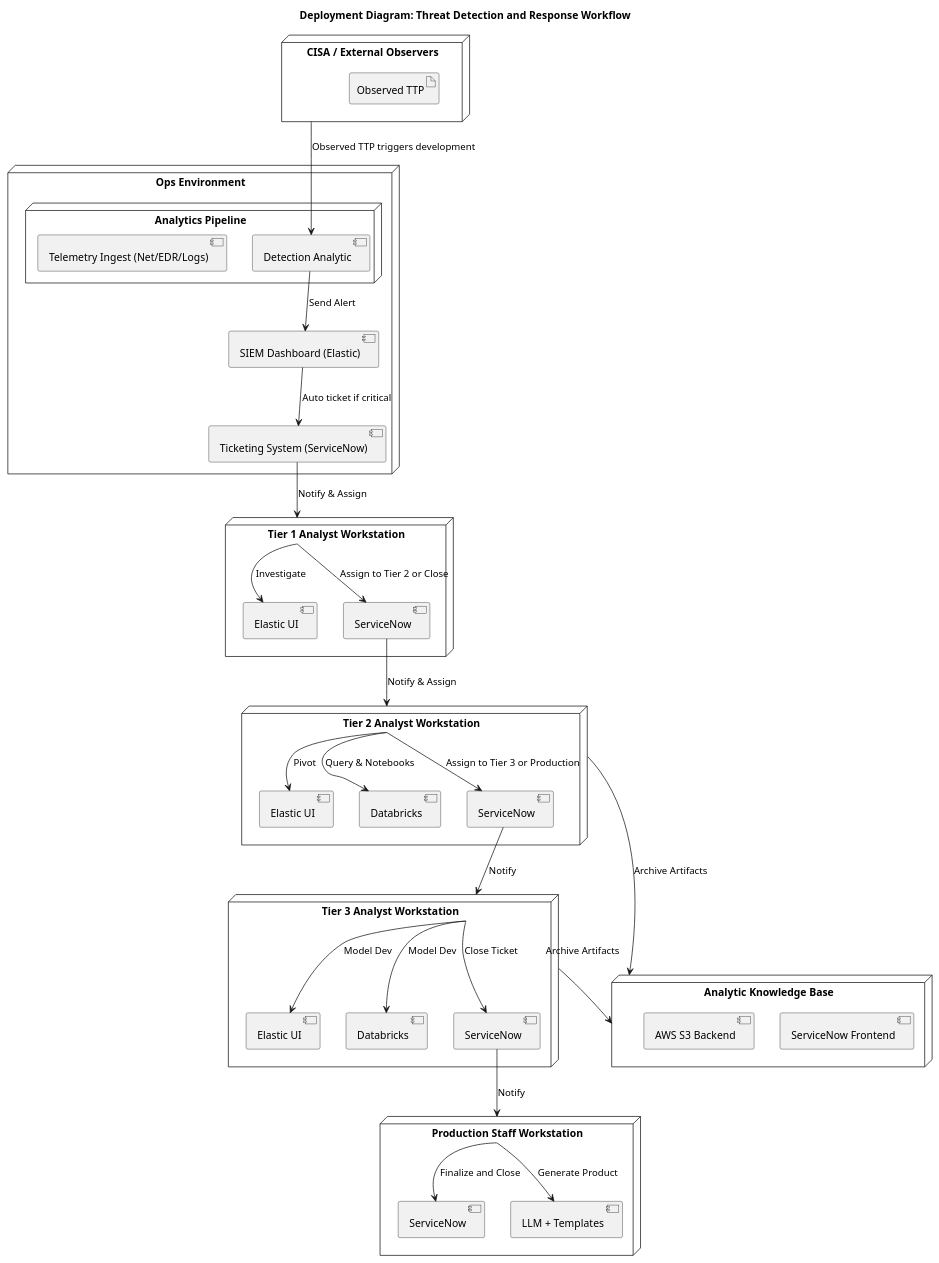
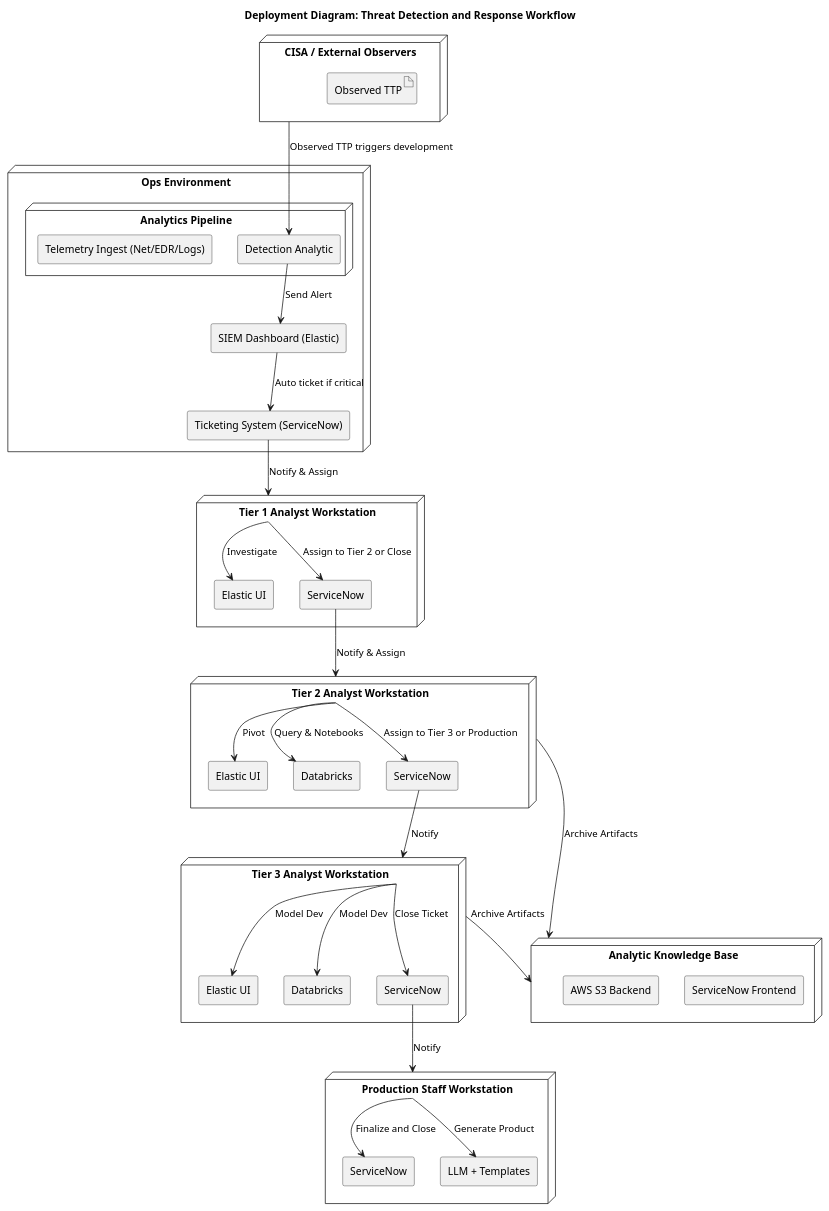
Before and after one commit to drkiettran/use_cases_and_workflow_2025: the diagram in target/classes/cisa_use_cases_and_workflows_2025/uc_1_persistent_hunt/uc_1_deployment_diagram.plantuml, drawn with PlantUML. The commit also changed 12 other files, not shown here.

```diff
--- a/target/classes/cisa_use_cases_and_workflows_2025/uc_1_persistent_hunt/uc_1_deployment_diagram.plantuml
+++ b/target/classes/cisa_use_cases_and_workflows_2025/uc_1_persistent_hunt/uc_1_deployment_diagram.plantuml
@@ -1,98 +1,99 @@
 @startuml
 	title Deployment Diagram: Threat Detection and Response Workflow
 	'left to right direction
+	skinparam componentStyle rectangle
 	
 	' Define nodes for deployment environment
 	node "CISA / External Observers" as CISA {
 	  artifact "Observed TTP" as TTP
 	}
 	
 	' node "Tier 3 Analyst Workstation" as Tier3 {
 	'   component "Elastic" as Elastic
 	'   component "Databricks" as Databricks
 	' }
 	
 	node "Ops Environment" as Ops {
 	  node "Analytics Pipeline" {
 	    component "Detection Analytic" as Detection 
 	    component "Telemetry Ingest (Net/EDR/Logs)" as Telemetry 
 	  }
 	  component "SIEM Dashboard (Elastic)" as SIEM
 	  component "Ticketing System (ServiceNow)" as Ticketing
 	}
 	
 	node "Tier 1 Analyst Workstation" as Tier1{
 	  component "Elastic UI" as ElasticUI1
 	  component "ServiceNow" as ServiceNow1
 	}
 	
 	node "Tier 2 Analyst Workstation" as Tier2 {
 	  component "Elastic UI" as ElasticUI2
 	  component "Databricks" as Databricks2
 	  component "ServiceNow" as ServiceNow2
 	}
 	
 	node "Tier 3 Analyst Workstation" as Tier3 {
 	  component "Elastic UI" as ElasticUI3
 	  component "Databricks" as Databricks3
 	  component "ServiceNow" as ServiceNow3
 	}
 	
 	node "Production Staff Workstation" as Production{
 	  component "ServiceNow" as ServiceNow4
 	  component "LLM + Templates" as LLM
 	}
 	
 	node "Analytic Knowledge Base" as Analytic {
 	  component "ServiceNow Frontend" as SerivceNowFrontend
 	  component "AWS S3 Backend" as AWSS3Backend
 	}
 	
 	' Deployment relationships
 	CISA --> Detection : Observed TTP triggers development
 	Detection --> SIEM : Send Alert
 	SIEM --> Ticketing : Auto ticket if critical
 	Ticketing --> Tier1 : Notify & Assign
 	Tier1 --> ElasticUI1 : Investigate
 	Tier1 --> ServiceNow1 : Assign to Tier 2 or Close
 	
 	' CISA --> "Detection Analytic" : Observed TTP triggers development
 	' "Detection Analytic" --> "SIEM Dashboard (Elastic)" : Send Alert
 	' "SIEM Dashboard (Elastic)" --> "Ticketing System (ServiceNow)" : Auto ticket if critical
 	' "Ticketing System (ServiceNow)" --> "Tier 1 Analyst Workstation" : Notify & Assign
 	' "Tier 1 Analyst Workstation" --> "Elastic UI" : Investigate
 	' "Tier 1 Analyst Workstation" --> "ServiceNow" : Assign to Tier 2 or Close
 	
 	ServiceNow1 --> Tier2 : Notify & Assign
 	Tier2 --> ElasticUI2 : Pivot
 	Tier2 --> Databricks2 : Query & Notebooks
 	Tier2 --> ServiceNow2 : Assign to Tier 3 or Production
 	Tier2 --> Analytic : Archive Artifacts
 	
 	' "ServiceNow" --> "Tier 2 Analyst Workstation" : Notify & Assign
 	' "Tier 2 Analyst Workstation" --> "Elastic UI" : Pivot
 	' "Tier 2 Analyst Workstation" --> "Databricks" : Query & Notebooks
 	' "Tier 2 Analyst Workstation" --> "ServiceNow" : Assign to Tier 3 or Production
 	' "Tier 2 Analyst Workstation" --> "Analytic Knowledge Base" : Archive Artifacts
 	
 	ServiceNow3 --> Production : Notify
 	Production --> LLM : Generate Product
 	Production --> ServiceNow4 : Finalize and Close
 	
 	' "ServiceNow" --> "Production Staff Workstation" : Notify
 	' "Production Staff Workstation" --> "LLM + Templates" : Generate Product
 	' "Production Staff Workstation" --> "ServiceNow" : Finalize and Close
 	
 	ServiceNow2 --> Tier3 : Notify
 	Tier3 --> ElasticUI3 : Model Dev
 	Tier3 --> Databricks3 : Model Dev
 	Tier3 --> ServiceNow3 : Close Ticket
 	Tier3 --> Analytic : Archive Artifacts
 	
 	' "ServiceNow" --> "Tier 3 Analyst Workstation" : Notify
 	' "Tier 3 Analyst Workstation" --> "Elastic UI" : Model Dev
 	' "Tier 3 Analyst Workstation" --> "Databricks" : Model Dev
 	' "Tier 3 Analyst Workstation" --> "ServiceNow" : Close Ticket
 	' "Tier 3 Analyst Workstation" --> "Analytic Knowledge Base" : Archive Artifacts
 
 @enduml
```
